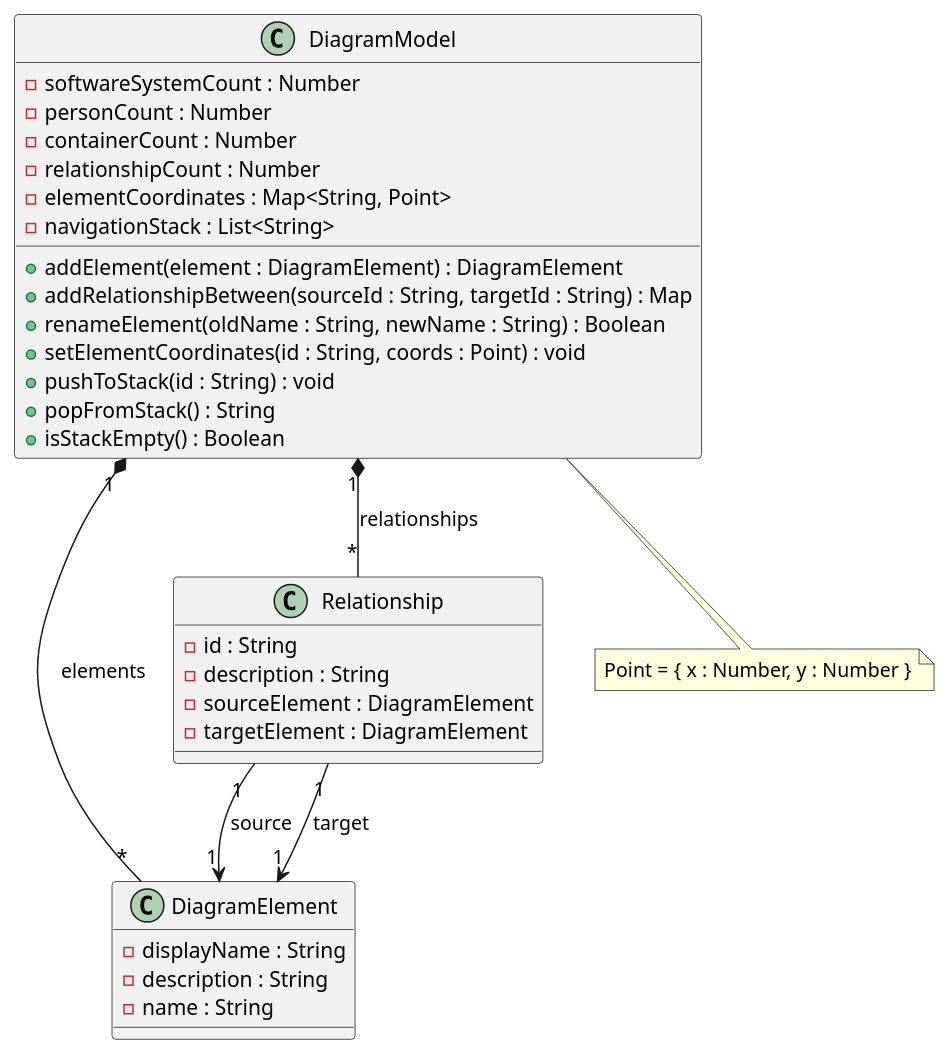
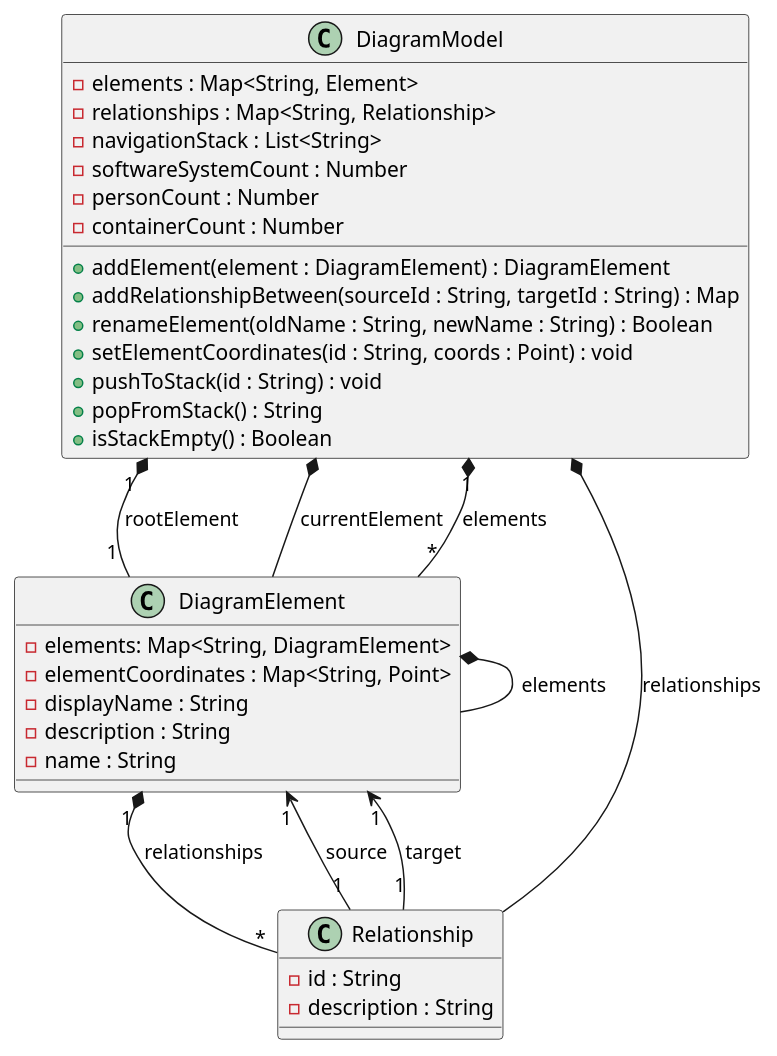
The diagram in docs/Model.puml (MilanVlaski/c4gui), drawn with PlantUML before and after one commit.

```diff
--- a/docs/Model.puml
+++ b/docs/Model.puml
@@ -1,41 +1,42 @@
 @startuml DiagramModel
 
 class DiagramElement {
+  -elements: Map<String, DiagramElement>
+  -elementCoordinates : Map<String, Point>
   -displayName : String
   -description : String
   -name : String
 }
 
 class Relationship {
   -id : String
   -description : String
-  -sourceElement : DiagramElement
-  -targetElement : DiagramElement
 }
 
 class DiagramModel {
+  -elements : Map<String, Element>
+  -relationships : Map<String, Relationship>
+  -navigationStack : List<String>
   -softwareSystemCount : Number
   -personCount : Number
   -containerCount : Number
-  -relationshipCount : Number
-  -elementCoordinates : Map<String, Point>
-  -navigationStack : List<String>
 
   +addElement(element : DiagramElement) : DiagramElement
   +addRelationshipBetween(sourceId : String, targetId : String) : Map
   +renameElement(oldName : String, newName : String) : Boolean
   +setElementCoordinates(id : String, coords : Point) : void
   +pushToStack(id : String) : void
   +popFromStack() : String
   +isStackEmpty() : Boolean
 }
 
+DiagramModel "1" *-- "1" DiagramElement: rootElement
+DiagramModel *-- DiagramElement: currentElement
+DiagramElement *-- DiagramElement: elements
+DiagramModel *-- Relationship: relationships
 DiagramModel "1" *-- "*" DiagramElement : elements
-DiagramModel "1" *-- "*" Relationship : relationships
+DiagramElement "1" *-- "*" Relationship : relationships
 Relationship "1" --> "1" DiagramElement : source
 Relationship "1" --> "1" DiagramElement : target
 
-note "Point = { x : Number, y : Number }" as N1
-DiagramModel .. N1
-
 @enduml
```
